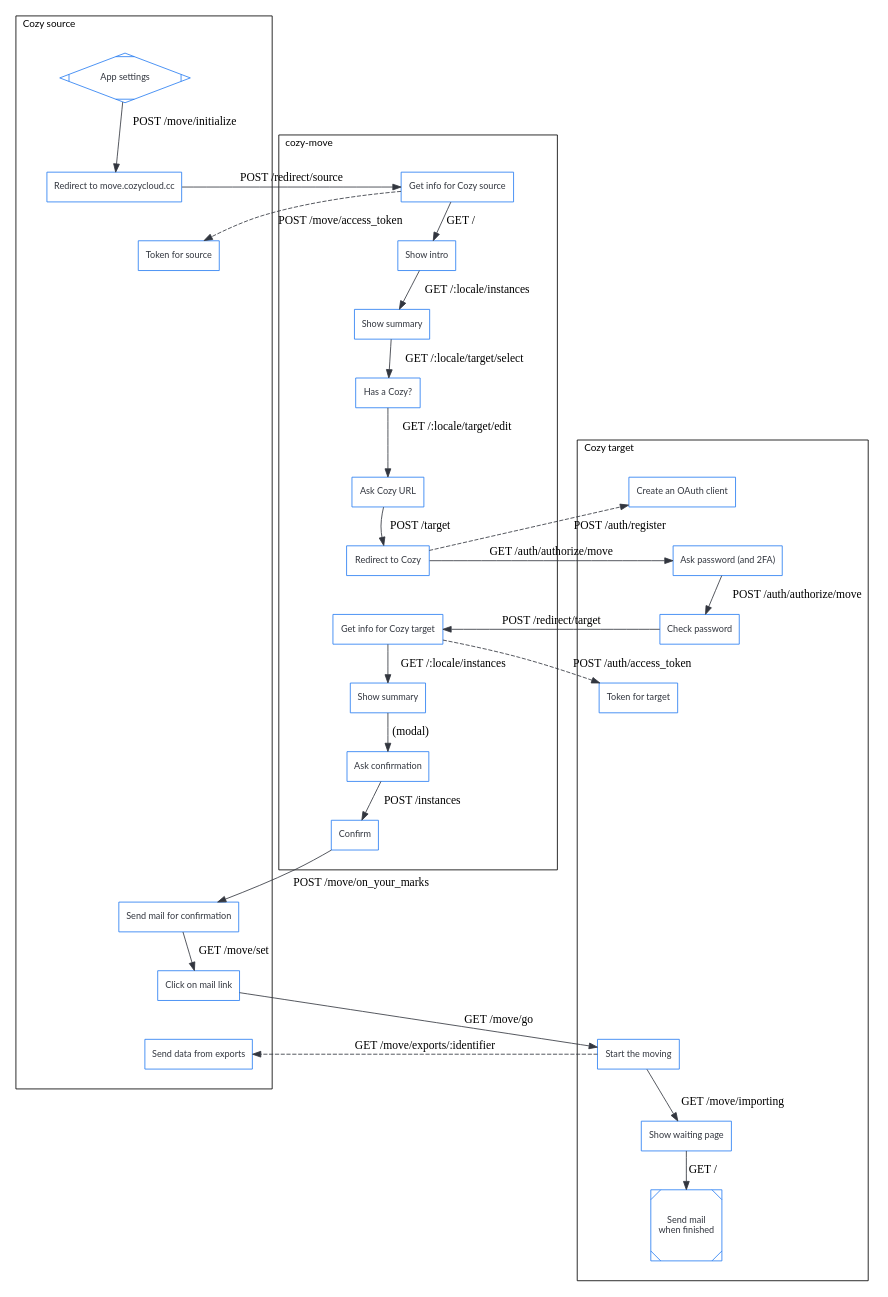
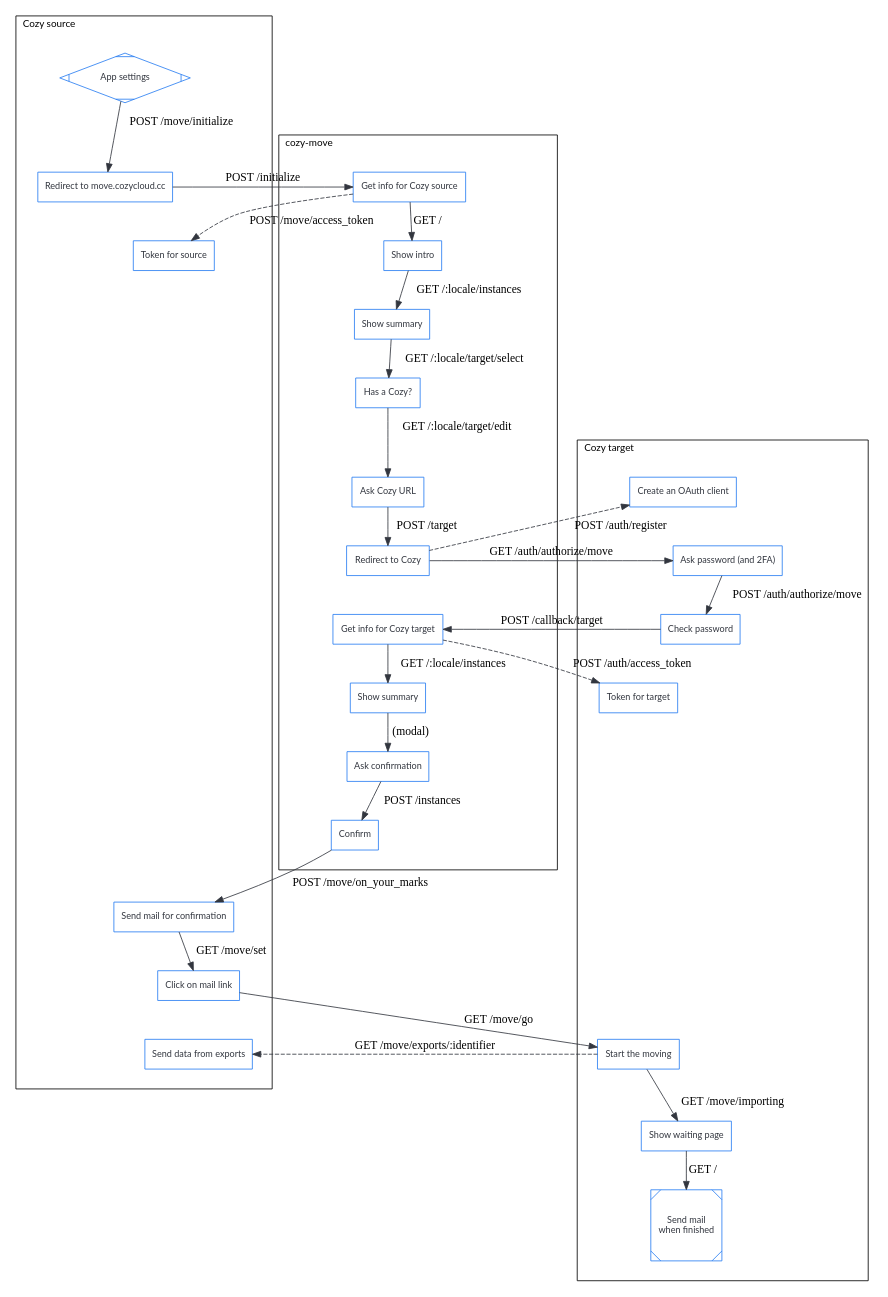
The diagram in docs/from-settings.gv (cozy/cozy-move), drawn with Graphviz before and after one commit. The commit also changed 6 other files, not shown here.

Commit message:
Add the POST /initialize endpoint

```diff
--- a/docs/from-settings.gv
+++ b/docs/from-settings.gv
@@ -1,78 +1,78 @@
 digraph bitwarden {
 	graph [splines=true];
 	node [shape="box", fontname="lato", fontsize=11, margin=0.12, color="#297EF2", fontcolor="#32363F"];
 	edge [color="#32363F"];
 	ranksep=0.45; nodesep=1.5;
 
 	subgraph cluster_source {
 		label="Cozy source"; labeljust="l"; fontname="lato"; fontsize=12; margin=24; rankdir=TB;
 		s_settings [label="App settings"; shape="Mdiamond"]
 		s_start [label="Redirect to move.cozycloud.cc"]
 		s_token [label="Token for source"]
 		s_confirm [label="Send mail for confirmation"]
 		s_mail [label="Click on mail link"]
 		s_data [label="Send data from exports"]
 		s_fake_1, s_fake_2, s_fake_3, s_fake_4, s_fake_5, s_fake_6, s_fake_7, s_fake_8 [style="invis"]
 	}
 
 	subgraph cluster_move {
 		label="cozy-move"; labeljust="l"; fontname="lato"; fontsize=12; margin=24;
 		m_source [label="Get info for Cozy source"]
 		m_intro [label="Show intro"]
 		m_index_1 [label="Show summary"]
 		m_select [label="Has a Cozy?"]
 		m_edit [label="Ask Cozy URL"]
 		m_post [label="Redirect to Cozy"]
 		m_target [label="Get info for Cozy target"]
 		m_index_2 [label="Show summary"]
 		m_warning [label="Ask confirmation"]
 		m_confirm [label="Confirm"]
 	}
 
 	subgraph cluster_target {
 		label="Cozy target"; labeljust="l"; fontname="lato"; fontsize=12; margin=24;
 		t_register [label="Create an OAuth client"]
 		t_export [label="Ask password (and 2FA)"]
 		t_export_2 [label="Check password"]
 		t_token [label="Token for target"]
 		t_run [label="Start the moving"]
 		t_wait [label="Show waiting page"]
 		t_done [label="Send mail\nwhen finished"; shape="Msquare"]
 		t_fake_1, t_fake_2, t_fake_3, t_fake_4 [style="invis"]
 	}
 
 	// User
 	s_settings -> s_start [label="POST /move/initialize"]
-	s_start -> m_source [label="POST /redirect/source"]
+	s_start -> m_source [label="POST /initialize"]
 	m_source -> m_intro [label="GET /"]
 	m_intro -> m_index_1 [label="GET /:locale/instances"]
 	m_index_1 -> m_select [label="GET /:locale/target/select"]
 	m_select -> m_edit [label="GET /:locale/target/edit"]
 	m_edit -> m_post [label="POST /target"]
 	m_post -> t_export [label="GET /auth/authorize/move"]
 	t_export -> t_export_2 [label="POST /auth/authorize/move"]
-	t_export_2 -> m_target [label="POST /redirect/target"]
+	t_export_2 -> m_target [label="POST /callback/target"]
 	m_target -> m_index_2 [label="GET /:locale/instances"]
 	m_index_2 -> m_warning [label="(modal)"]
 	m_warning -> m_confirm [label="POST /instances"]
 	m_confirm -> s_confirm [label="POST /move/on_your_marks"]
 	s_confirm -> s_mail [label="GET /move/set"]
 	s_mail -> t_run [label="GET /move/go"]
 	t_run -> t_wait [label="GET /move/importing"]
 	t_wait -> t_done [label="GET /"]
 
 	// Server to server
 	m_source -> s_token [label="POST /move/access_token"; style="dashed"]
 	m_post -> t_register [label="POST /auth/register"; style="dashed"]
 	m_target -> t_token [label="POST /auth/access_token"; style="dashed"]
 	t_run -> s_data [label="GET /move/exports/:identifier"; style="dashed"]
 
 	// Hidden, just to preserve order between nodes inside clusters
 	s_start -> s_token [style="invis"]
 	s_token -> s_fake_1 -> s_fake_2 -> s_fake_3 -> s_fake_4 -> s_fake_5 -> s_fake_6 -> s_fake_7 -> s_fake_8 -> s_confirm [style="invis"]
 	s_mail -> s_data [style="invis"]
 	m_post -> m_target [style="invis"]
 	t_register -> t_export [style="invis"]
 	t_export_2 -> t_token [style="invis"]
 	t_token -> t_fake_1 -> t_fake_2 -> t_fake_3 -> t_fake_4 -> t_run [style="invis"]
 }
```
